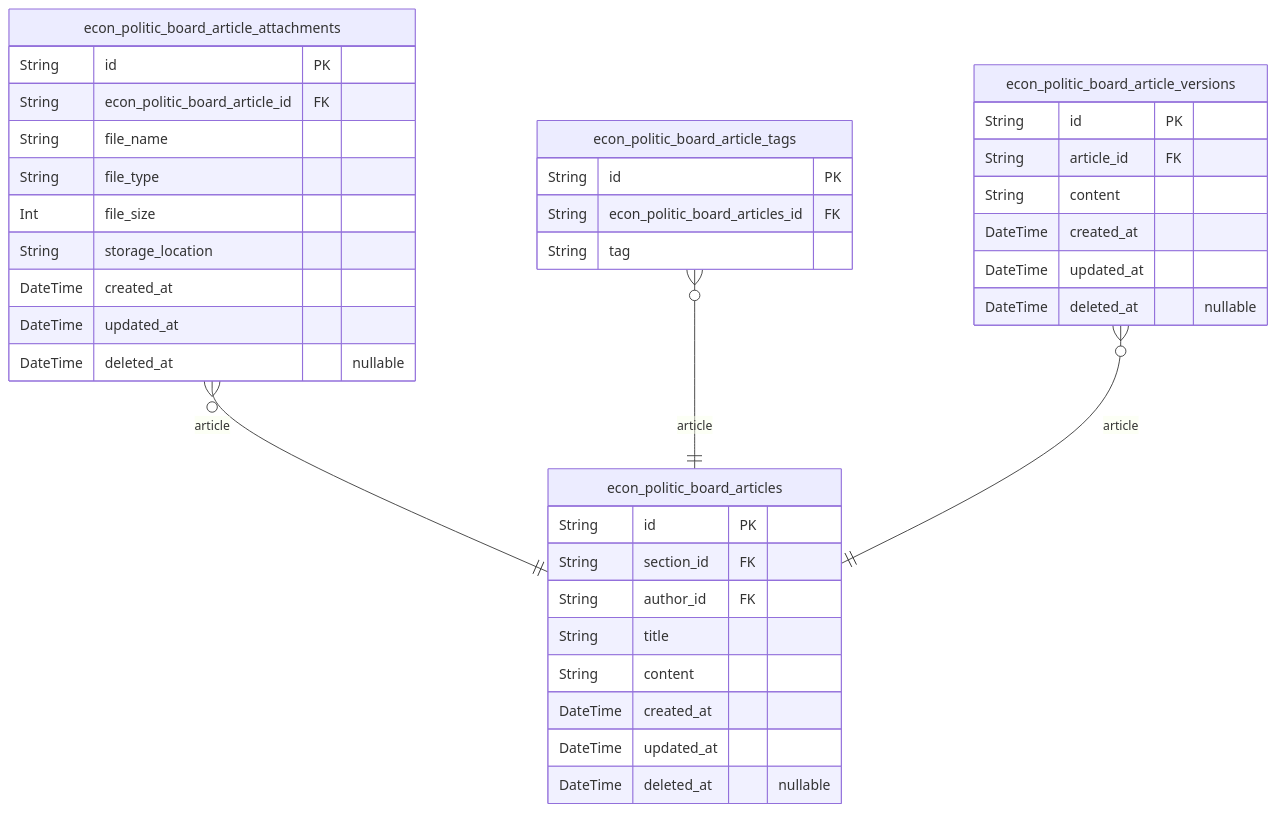
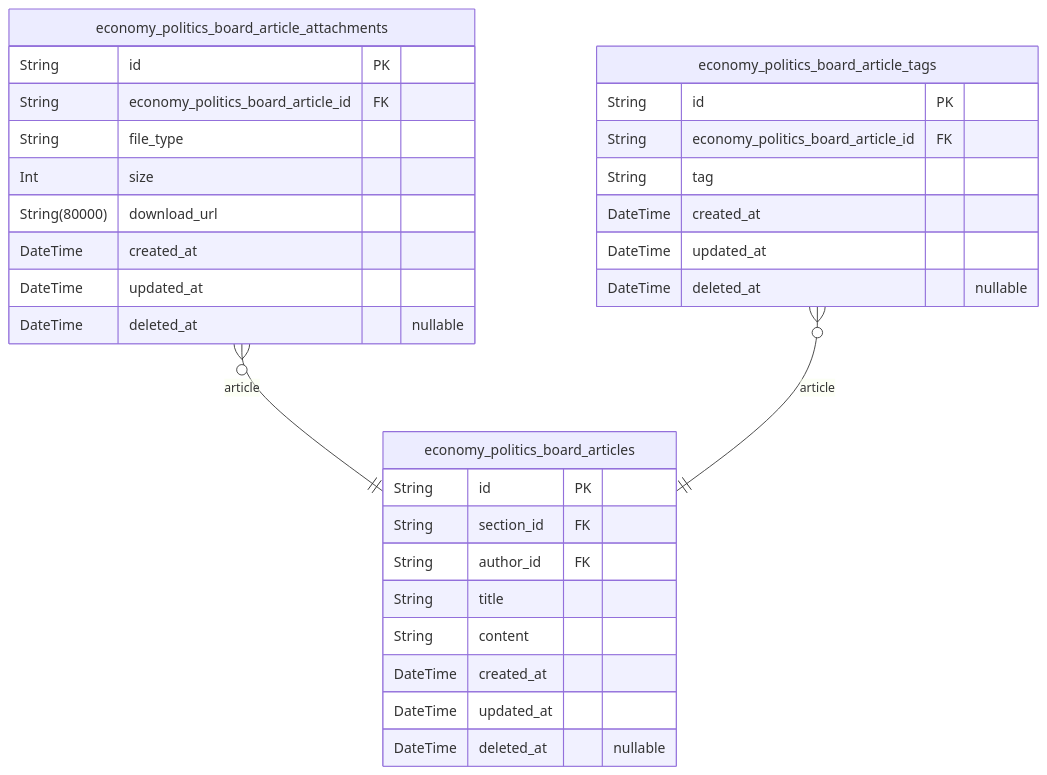
The fourth of 6 diagrams in qwen/qwen3-30b-a3b-thinking-2507/bbs/docs/ERD.md (wrtnlabs/autobe-examples), drawn with Mermaid before and after one commit. The commit also changed other lines of this file and 11104 other files, not shown here.

````diff
--- a/qwen/qwen3-30b-a3b-thinking-2507/bbs/docs/ERD.md
+++ b/qwen/qwen3-30b-a3b-thinking-2507/bbs/docs/ERD.md
@@ -399,40 +524,33 @@
 ```mermaid
 erDiagram
-"econ_politic_board_articles" {
+"economy_politics_board_articles" {
   String id PK
   String section_id FK
   String author_id FK
   String title
   String content
   DateTime created_at
   DateTime updated_at
   DateTime deleted_at "nullable"
 }
-"econ_politic_board_article_attachments" {
+"economy_politics_board_article_attachments" {
   String id PK
-  String econ_politic_board_article_id FK
-  String file_name
+  String economy_politics_board_article_id FK
   String file_type
-  Int file_size
-  String storage_location
+  Int size
+  String(80000) download_url
   DateTime created_at
   DateTime updated_at
   DateTime deleted_at "nullable"
 }
-"econ_politic_board_article_tags" {
+"economy_politics_board_article_tags" {
   String id PK
-  String econ_politic_board_articles_id FK
+  String economy_politics_board_article_id FK
   String tag
-}
-"econ_politic_board_article_versions" {
-  String id PK
-  String article_id FK
-  String content
   DateTime created_at
   DateTime updated_at
   DateTime deleted_at "nullable"
 }
-"econ_politic_board_article_attachments" }o--|| "econ_politic_board_articles" : article
-"econ_politic_board_article_tags" }o--|| "econ_politic_board_articles" : article
-"econ_politic_board_article_versions" }o--|| "econ_politic_board_articles" : article
+"economy_politics_board_article_attachments" }o--|| "economy_politics_board_articles" : article
+"economy_politics_board_article_tags" }o--|| "economy_politics_board_articles" : article
 ```
````
